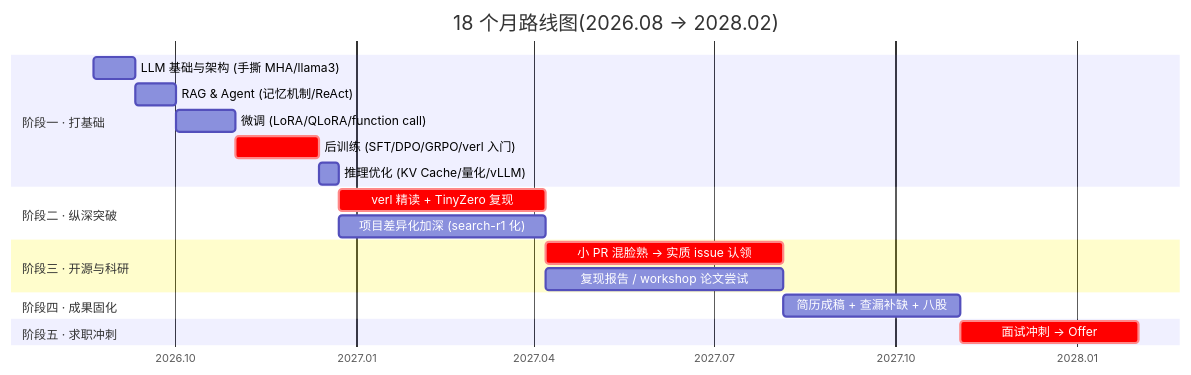
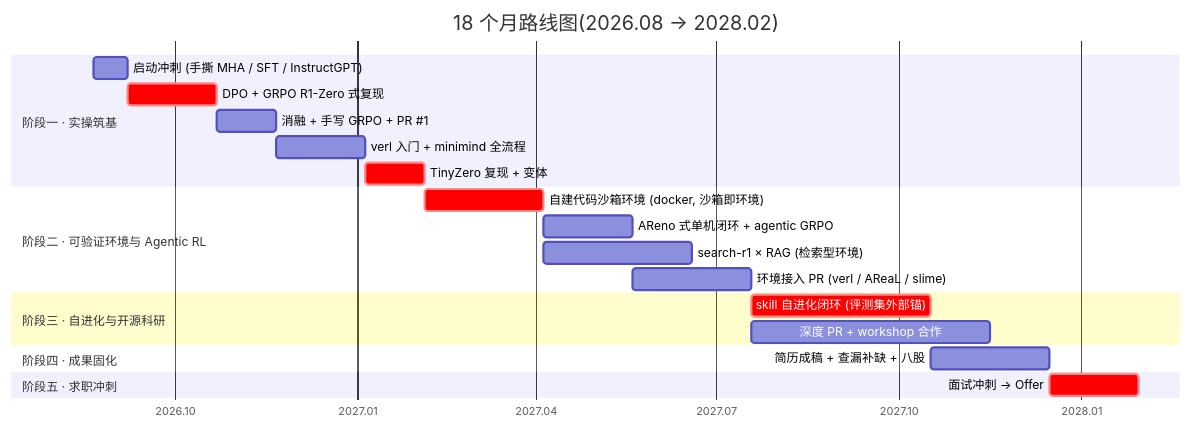
The diagram in README.md (imztz/llm-journey), drawn with Mermaid before and after one commit. The commit also changed other lines of this file, not shown here.

````diff
--- a/README.md
+++ b/README.md
@@ -41,27 +42,29 @@
 ```mermaid
 gantt
     title 18 个月路线图(2026.08 → 2028.02)
     dateFormat  YYYY-MM-DD
     axisFormat  %Y.%m
 
-    section 阶段一 · 打基础
-    LLM 基础与架构 (手撕 MHA/llama3)      :a1, 2026-08-21, 21d
-    RAG & Agent (记忆机制/ReAct)          :a2, after a1, 21d
-    微调 (LoRA/QLoRA/function call)       :a3, after a2, 30d
-    后训练 (SFT/DPO/GRPO/verl 入门)       :crit, a4, after a3, 42d
-    推理优化 (KV Cache/量化/vLLM)         :a5, after a4, 10d
+    section 阶段一 · 实操筑基
+    启动冲刺 (手撕 MHA / SFT / InstructGPT)   :a1, 2026-08-21, 17d
+    DPO + GRPO R1-Zero 式复现                :crit, a2, after a1, 45d
+    消融 + 手写 GRPO + PR #1                  :a3, after a2, 30d
+    verl 入门 + minimind 全流程                :a4, after a3, 45d
+    TinyZero 复现 + 变体                       :crit, a5, after a4, 30d
 
-    section 阶段二 · 纵深突破
-    verl 精读 + TinyZero 复现             :crit, b1, after a5, 105d
-    项目差异化加深 (search-r1 化)    :b2, after a5, 105d
+    section 阶段二 · 可验证环境与 Agentic RL
+    自建代码沙箱环境 (docker, 沙箱即环境)      :crit, b1, after a5, 60d
+    AReno 式单机闭环 + agentic GRPO            :b2, after b1, 45d
+    search-r1 × RAG (检索型环境)               :b3, after b1, 75d
+    环境接入 PR (verl / AReaL / slime)         :b4, after b2, 60d
 
-    section 阶段三 · 开源与科研
-    小 PR 混脸熟 → 实质 issue 认领        :crit, c1, after b1, 120d
-    复现报告 / workshop 论文尝试           :c2, after b1, 120d
+    section 阶段三 · 自进化与开源科研
+    skill 自进化闭环 (评测集外部锚)             :crit, c1, after b4, 90d
+    深度 PR + workshop 合作                     :c2, after b4, 120d
 
     section 阶段四 · 成果固化
-    简历成稿 + 查漏补缺 + 八股             :d1, after c1, 90d
+    简历成稿 + 查漏补缺 + 八股                   :d1, after c1, 60d
 
     section 阶段五 · 求职冲刺
-    面试冲刺 → Offer                      :crit, e1, after d1, 90d
+    面试冲刺 → Offer                            :crit, e1, after d1, 45d
 ```
````
